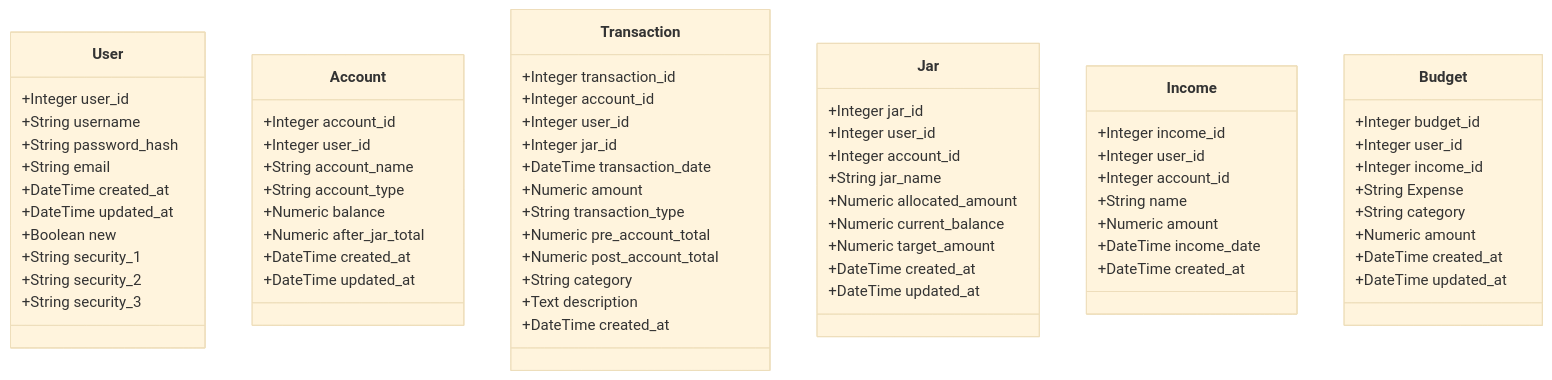
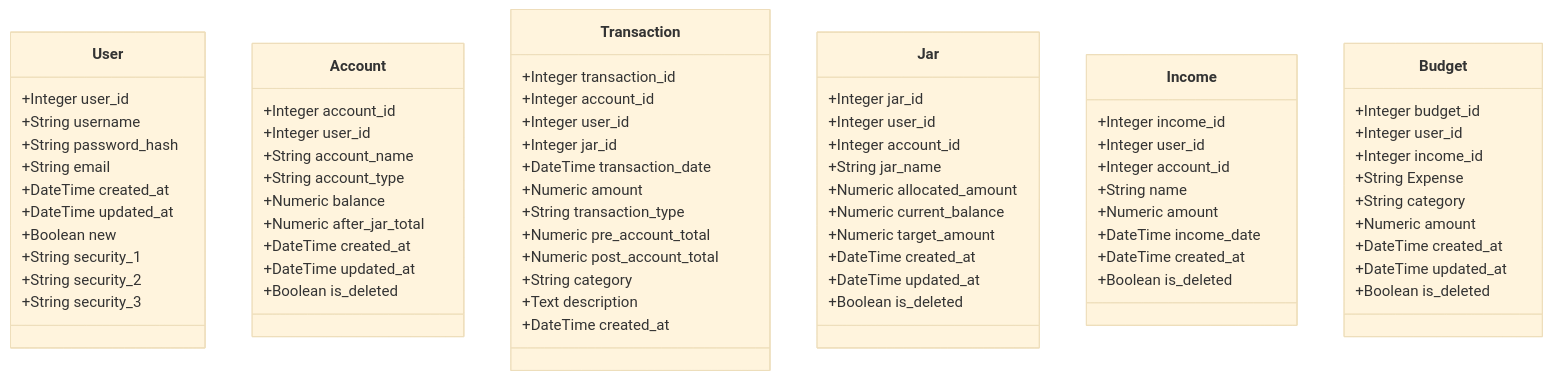
One commit to UniOfGreenwich/elee1149-coursework--steak changed the diagram in Docs/System Modelling/Class_Diagrams.md. Above: the diagram before and after it, drawn with Mermaid (base theme).

Commit message:
Updated to reflect soft_delete decision
Updated to reflect soft_delete decision

````diff
--- a/Docs/System Modelling/Class_Diagrams.md
+++ b/Docs/System Modelling/Class_Diagrams.md
@@ -3,69 +3,73 @@
 ```mermaid
 classDiagram
     class User {
         +Integer user_id
         +String username
         +String password_hash
         +String email
         +DateTime created_at
         +DateTime updated_at
         +Boolean new
         +String security_1
         +String security_2
         +String security_3
     }
     class Account {
         +Integer account_id
         +Integer user_id
         +String account_name
         +String account_type
         +Numeric balance
         +Numeric after_jar_total
         +DateTime created_at
         +DateTime updated_at
+        +Boolean is_deleted
     }
     class Transaction {
         +Integer transaction_id
         +Integer account_id
         +Integer user_id
         +Integer jar_id
         +DateTime transaction_date
         +Numeric amount
         +String transaction_type
         +Numeric pre_account_total
         +Numeric post_account_total
         +String category
         +Text description
         +DateTime created_at
     }
     class Jar {
         +Integer jar_id
         +Integer user_id
         +Integer account_id
         +String jar_name
         +Numeric allocated_amount
         +Numeric current_balance
         +Numeric target_amount
         +DateTime created_at
         +DateTime updated_at
+        +Boolean is_deleted
     }
     class Income {
         +Integer income_id
         +Integer user_id
         +Integer account_id
         +String name
         +Numeric amount
         +DateTime income_date
         +DateTime created_at
+        +Boolean is_deleted
     }
     class Budget {
         +Integer budget_id
         +Integer user_id
         +Integer income_id
         +String Expense
         +String category
         +Numeric amount
         +DateTime created_at
         +DateTime updated_at
+        +Boolean is_deleted
     }
 ```
````
